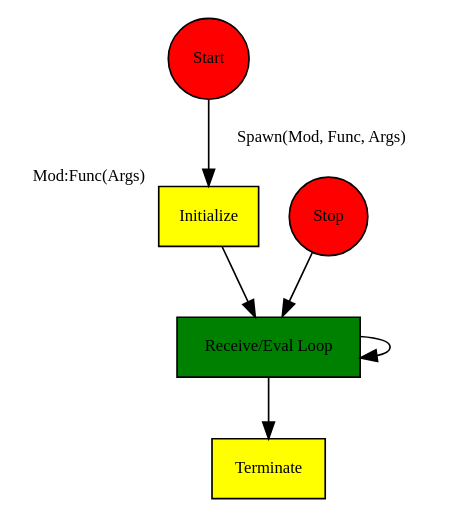
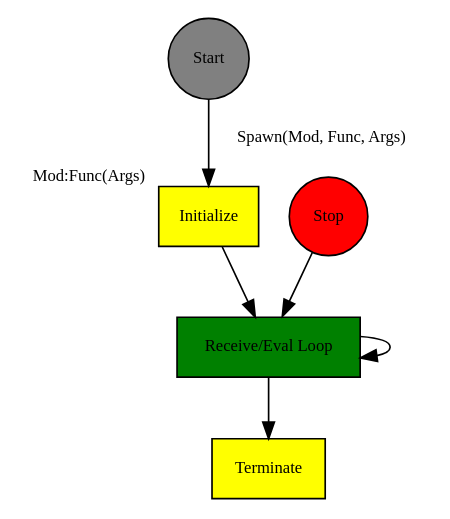
Before and after one commit to schonfinkel/schonfinkel.github.io: the fifth of 5 diagrams in notes/20240930224229-concurrent_erlang.org, drawn with Graphviz. The commit also changed other lines of this file and 20 other files, not shown here.

```diff
--- a/notes/20240930224229-concurrent_erlang.org
+++ b/notes/20240930224229-concurrent_erlang.org
@@ -189,17 +195,17 @@
 #+BEGIN_SRC dot :file ../static/img/notes/erlang_process_skeleton.png :cmdline -Kdot -Tpng :exports results
   digraph Process {
     node [fontsize="10pt", style=filled];
     
-    start [label="Start", fillcolor=red, shape=circle];
+    start [label="Start", fillcolor=gray, shape=circle];
     stop [label="Stop", fillcolor=red, shape=circle];
     init [label="Initialize", xlabel="Mod:Func(Args)", fillcolor=yellow, shape=rectangle];
     loop [label="Receive/Eval Loop", fillcolor=green, shape=rectangle]
     terminate [label="Terminate", fillcolor=yellow, shape=rectangle];
 
     start -> init [label="  Spawn(Mod, Func, Args)", fontsize="10pt", minlen=1];
     init -> loop
     loop -> loop
     stop -> loop
     loop -> terminate
   }
 #+END_SRC
```
